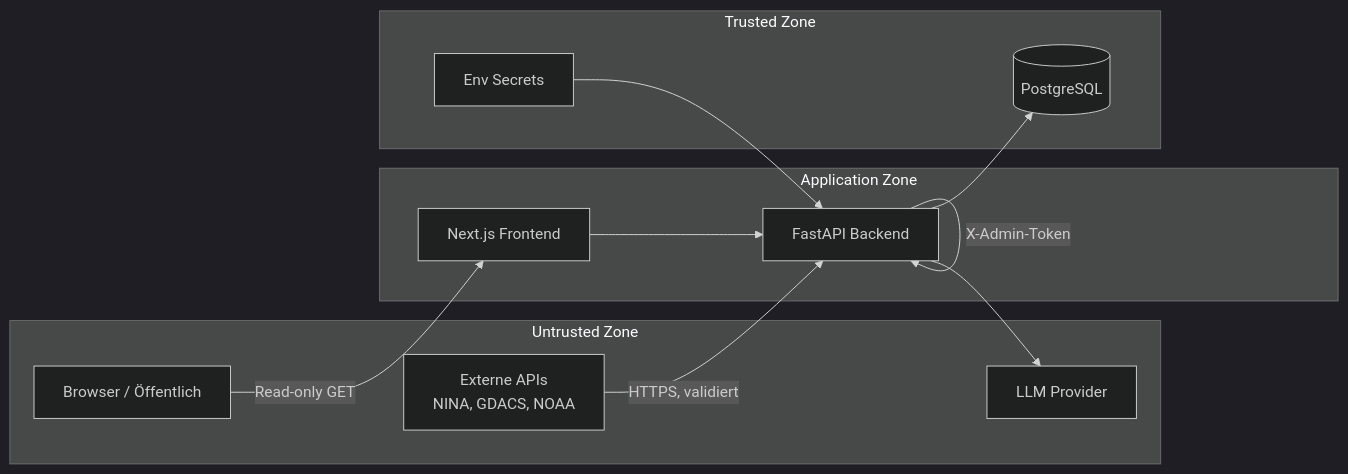
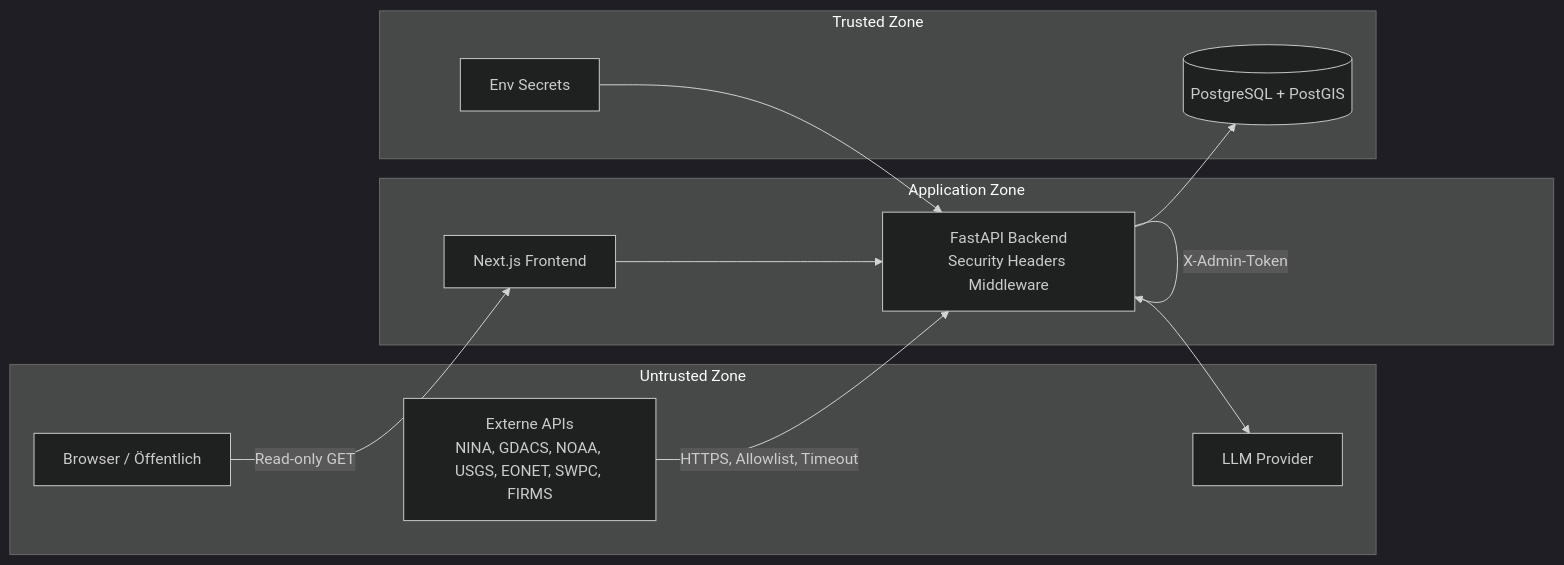
Before and after one commit to kevsecops/usefultool: the diagram in docs/security.md, drawn with Mermaid (dark theme). The commit also changed other lines of this file and 16 other files, not shown here.

````diff
--- a/docs/security.md
+++ b/docs/security.md
@@ -18,26 +27,26 @@
 ```mermaid
 flowchart LR
     subgraph Untrusted["Untrusted Zone"]
-        EXT_API["Externe APIs<br/>NINA, GDACS, NOAA"]
+        EXT_API["Externe APIs<br/>NINA, GDACS, NOAA, USGS, EONET, SWPC, FIRMS"]
         USER["Browser / Öffentlich"]
         LLM_EXT["LLM Provider"]
     end
 
     subgraph DMZ["Application Zone"]
         FE["Next.js Frontend"]
-        BE["FastAPI Backend"]
+        BE["FastAPI Backend<br/>Security Headers Middleware"]
     end
 
     subgraph Trusted["Trusted Zone"]
-        DB[("PostgreSQL")]
+        DB[("PostgreSQL + PostGIS")]
         SECRETS["Env Secrets"]
     end
 
-    EXT_API -->|"HTTPS, validiert"| BE
+    EXT_API -->|"HTTPS, Allowlist, Timeout"| BE
     USER -->|"Read-only GET"| FE
     FE --> BE
     BE -->|"X-Admin-Token"| BE
     BE --> DB
     BE --> LLM_EXT
     SECRETS --> BE
 ```
````
